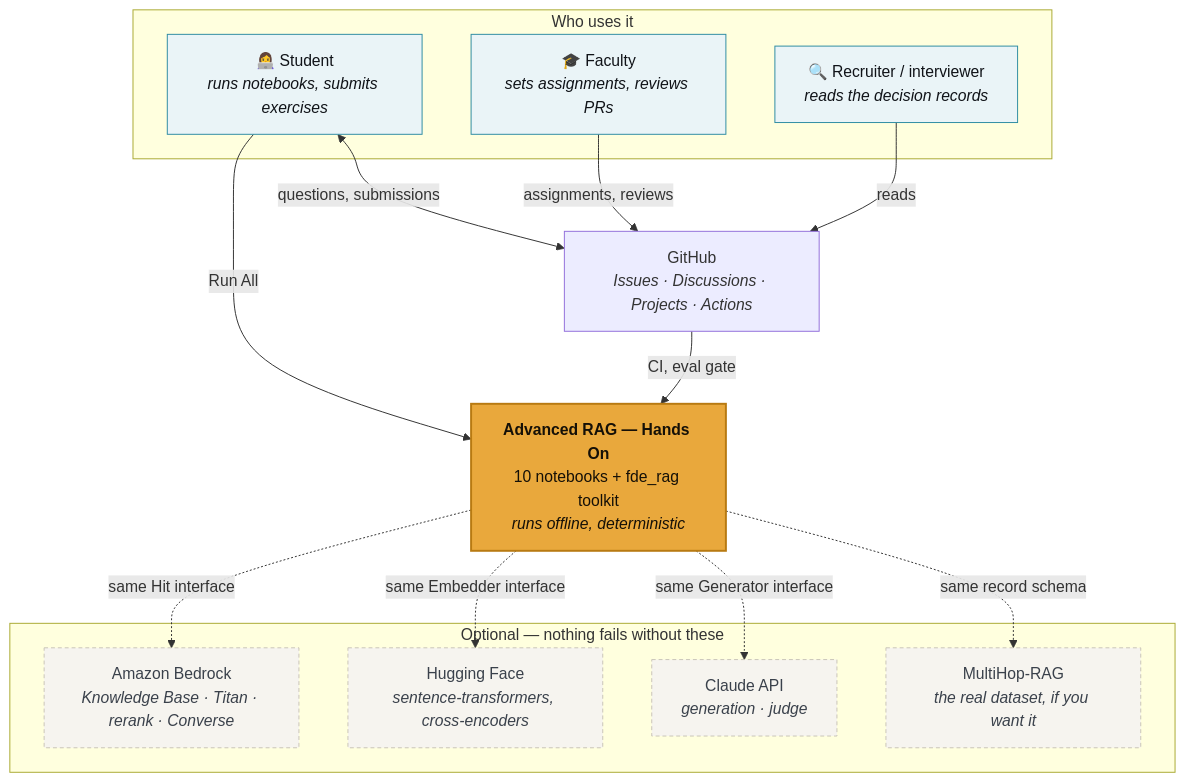
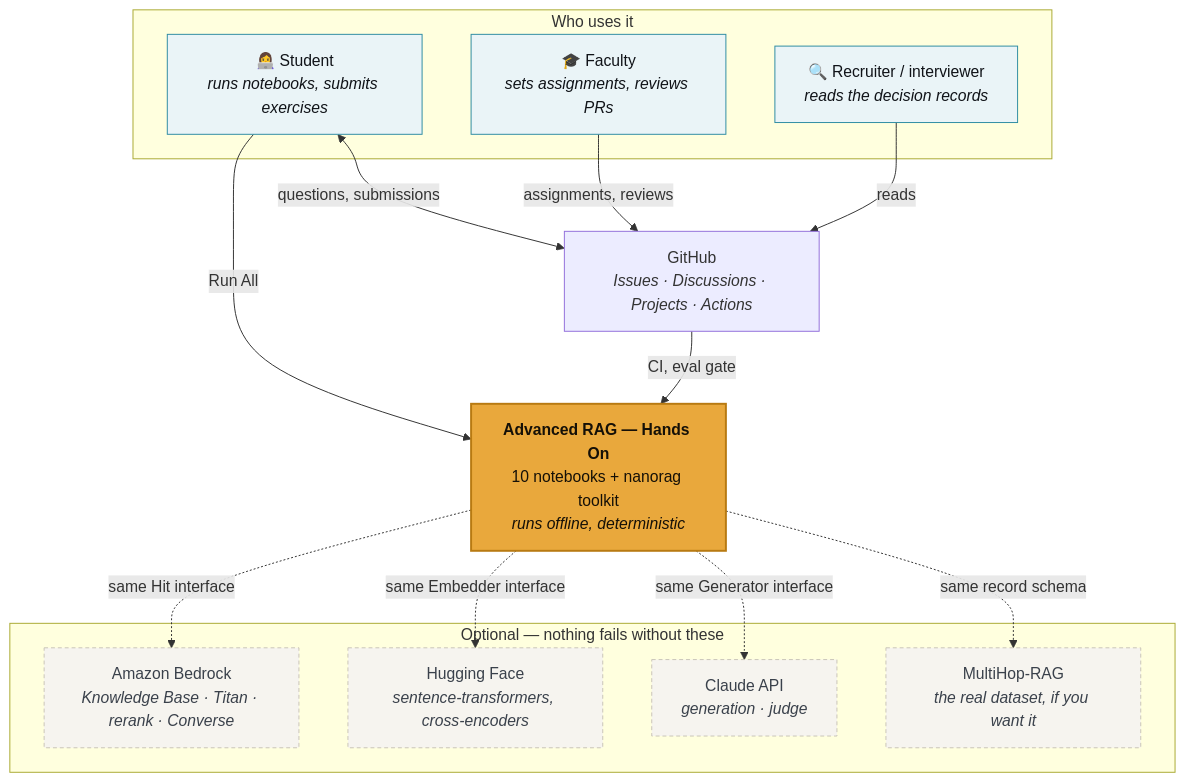
The first of 8 diagrams in README.md (akash-coded/nanorag), drawn with Mermaid before and after one commit. The commit also changed other lines of this file and 76 other files, not shown here.

````diff
--- a/README.md
+++ b/README.md
@@ -110,36 +116,36 @@
 ```mermaid
 graph TB
     subgraph people["Who uses it"]
         S["👩‍💻 Student<br/><i>runs notebooks, submits exercises</i>"]
         F["🎓 Faculty<br/><i>sets assignments, reviews PRs</i>"]
         R["🔍 Recruiter / interviewer<br/><i>reads the decision records</i>"]
     end
 
-    P["<b>Advanced RAG — Hands On</b><br/>10 notebooks + fde_rag toolkit<br/><i>runs offline, deterministic</i>"]
+    P["<b>Advanced RAG — Hands On</b><br/>10 notebooks + nanorag toolkit<br/><i>runs offline, deterministic</i>"]
 
     subgraph optional["Optional — nothing fails without these"]
         BR["Amazon Bedrock<br/><i>Knowledge Base · Titan · rerank · Converse</i>"]
         HF["Hugging Face<br/><i>sentence-transformers, cross-encoders</i>"]
         AN["Claude API<br/><i>generation · judge</i>"]
         MH["MultiHop-RAG<br/><i>the real dataset, if you want it</i>"]
     end
 
     GH["GitHub<br/><i>Issues · Discussions · Projects · Actions</i>"]
 
     S -->|Run All| P
     F -->|assignments, reviews| GH
     S <-->|questions, submissions| GH
     R -->|reads| GH
     P -.->|"same Hit interface"| BR
     P -.->|"same Embedder interface"| HF
     P -.->|"same Generator interface"| AN
     P -.->|"same record schema"| MH
     GH -->|CI, eval gate| P
 
     classDef core fill:#E9A83C,stroke:#B87A12,color:#151007,stroke-width:2px
     classDef opt fill:#F6F4EF,stroke:#C9C4B8,color:#3A414B,stroke-dasharray: 4 3
     classDef actor fill:#EAF4F7,stroke:#2F8CA3,color:#101318
     class P core
     class BR,HF,AN,MH opt
     class S,F,R actor
 ```
````
